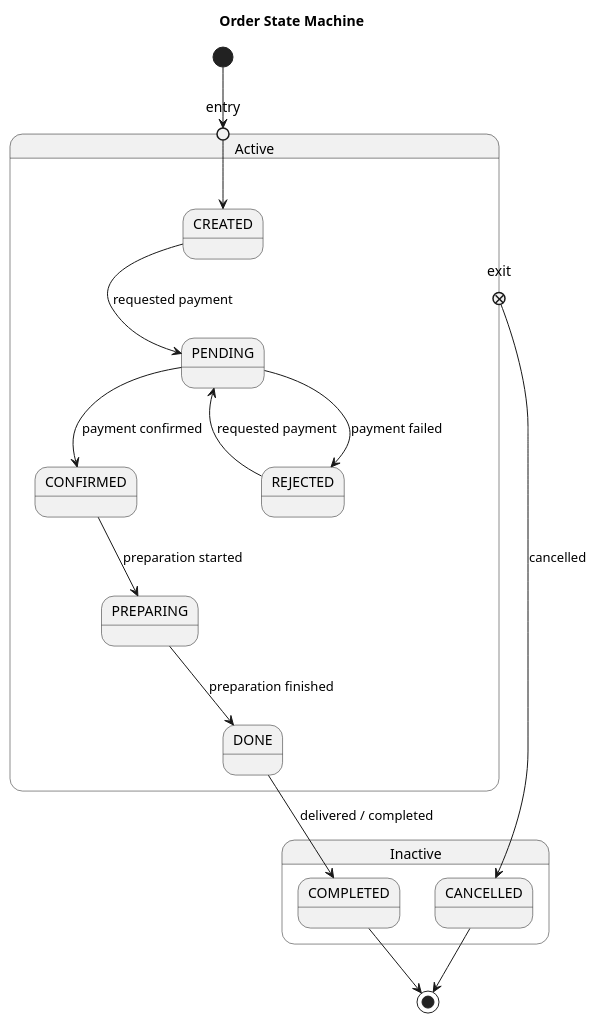
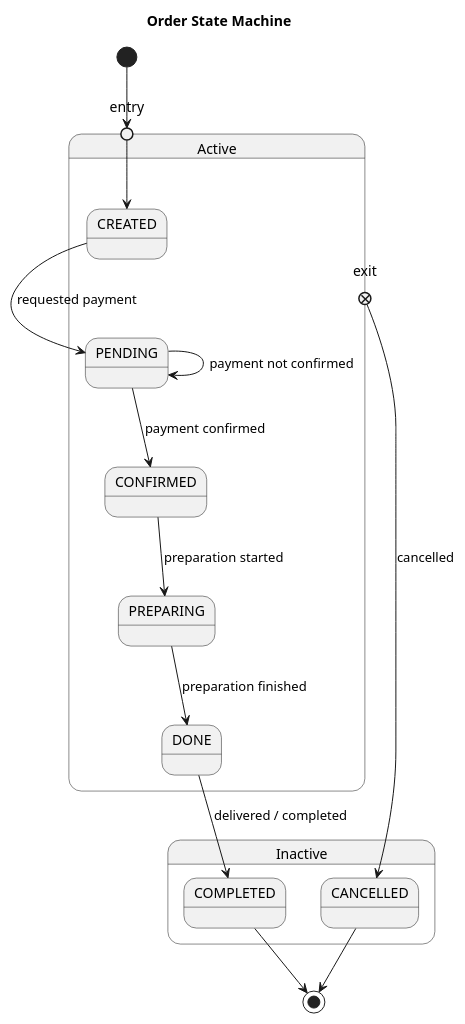
Before and after one commit to FIAP-3SOAT-G15/tech-challenge: the diagram in docs/puml/order-state-machine.puml, drawn with PlantUML. The commit also changed 15 other files, not shown here.

```diff
--- a/docs/puml/order-state-machine.puml
+++ b/docs/puml/order-state-machine.puml
@@ -1,28 +1,27 @@
 @startuml
 
 title Order State Machine
 
 state Active {
     state entry <<entryPoint>>
     entry --> CREATED
     
     CREATED --> PENDING : requested payment
-    PENDING --> REJECTED : payment failed
-    REJECTED --> PENDING : requested payment
     PENDING --> CONFIRMED : payment confirmed
+    PENDING --> PENDING : payment not confirmed
     CONFIRMED --> PREPARING : preparation started
     PREPARING --> DONE : preparation finished
     
     state exit <<exitPoint>>
 }
 
 state Inactive {
     exit --> CANCELLED : cancelled
     DONE --> COMPLETED : delivered / completed
 }
 
 [*] --> entry
 CANCELLED --> [*]
 COMPLETED --> [*]
 
 @enduml
```
